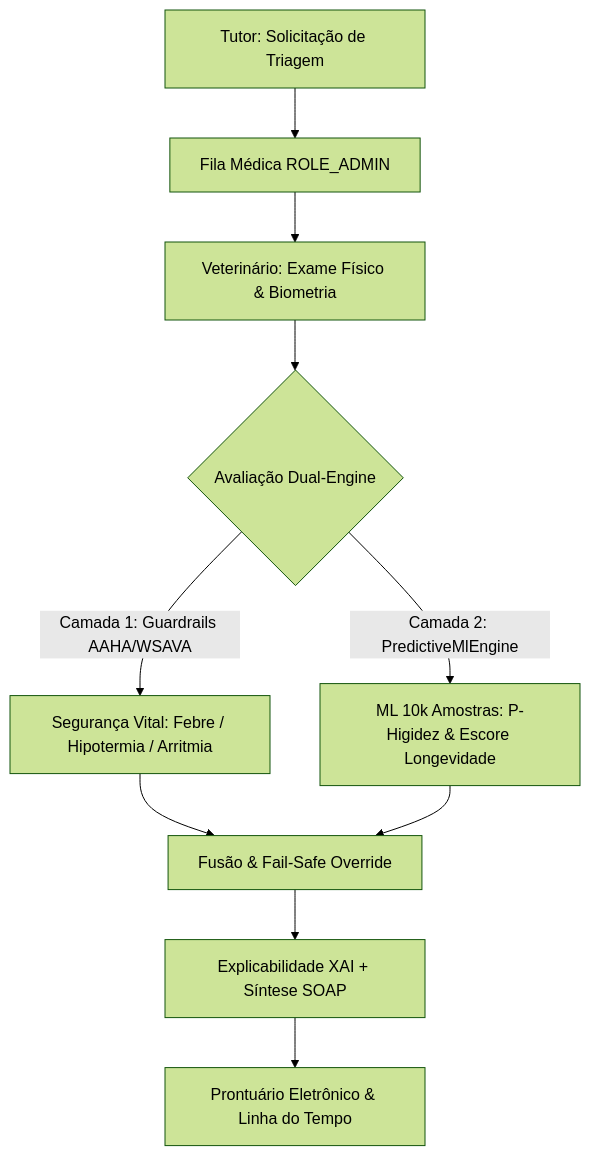
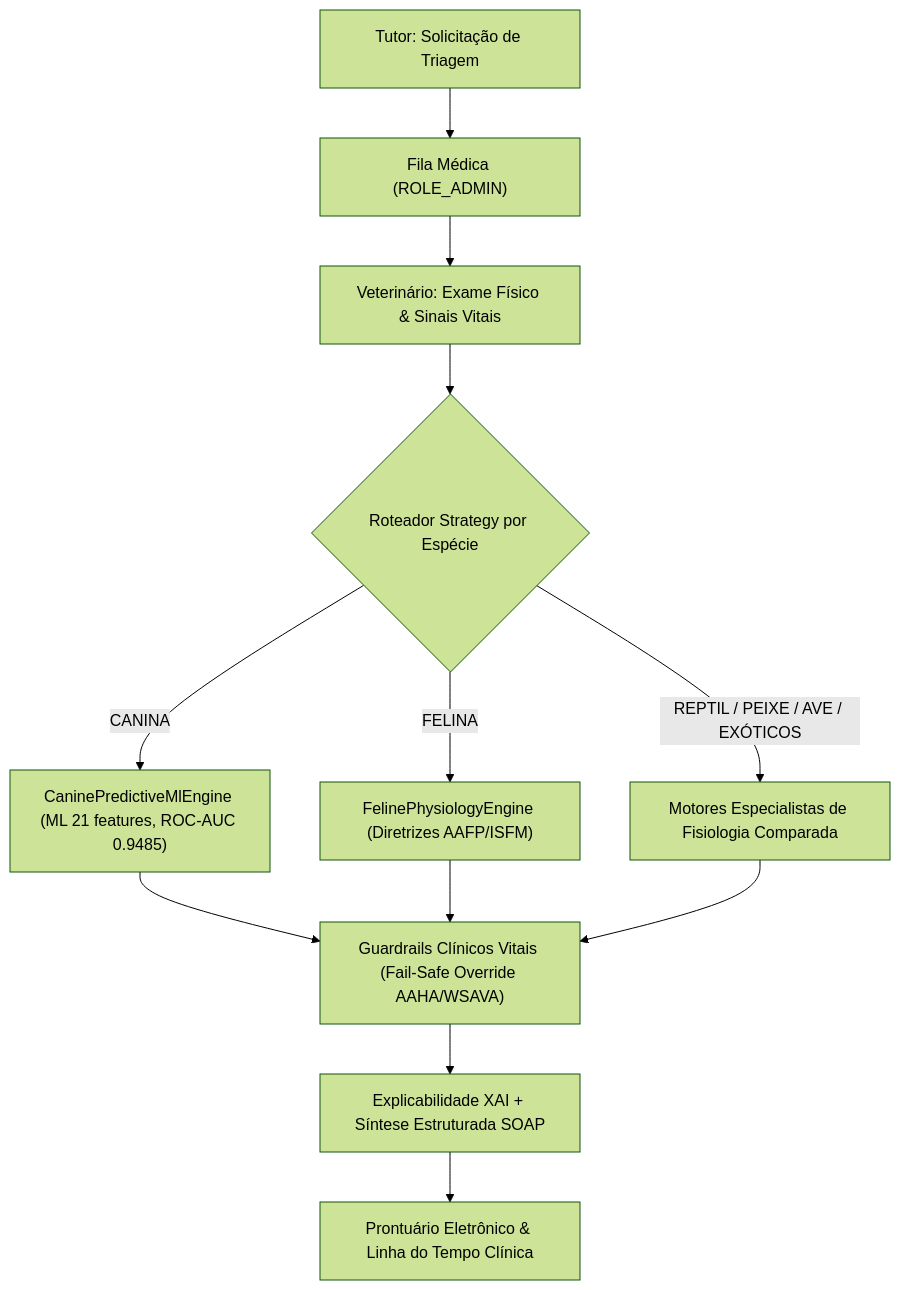
Before and after one commit to Gabriel-Maciel06/clyvo-vet-devops-sprint4: the first of 2 diagrams in README.md, drawn with Mermaid (forest theme). The commit also changed other lines of this file and 21 other files, not shown here.

````diff
--- a/README.md
+++ b/README.md
@@ -274,12 +134,14 @@
 ```mermaid
 graph TD
-    A[Tutor: Solicitação de Triagem] --> B[Fila Médica ROLE_ADMIN]
-    B --> C[Veterinário: Exame Físico & Biometria]
-    C --> D{Avaliação Dual-Engine}
-    D -->|Camada 1: Guardrails AAHA/WSAVA| E[Segurança Vital: Febre / Hipotermia / Arritmia]
-    D -->|Camada 2: PredictiveMlEngine| F[ML 10k Amostras: P-Higidez & Escore Longevidade]
-    E --> G[Fusão & Fail-Safe Override]
-    F --> G
-    G --> H[Explicabilidade XAI + Síntese SOAP]
-    H --> I[Prontuário Eletrônico & Linha do Tempo]
+    A["Tutor: Solicitação de Triagem"] --> B["Fila Médica (ROLE_ADMIN)"]
+    B --> C["Veterinário: Exame Físico & Sinais Vitais"]
+    C --> D{"Roteador Strategy por Espécie"}
+    D -->|"CANINA"| E["CaninePredictiveMlEngine (ML 21 features, ROC-AUC 0.9485)"]
+    D -->|"FELINA"| F["FelinePhysiologyEngine (Diretrizes AAFP/ISFM)"]
+    D -->|"REPTIL / PEIXE / AVE / EXÓTICOS"| G["Motores Especialistas de Fisiologia Comparada"]
+    E --> H["Guardrails Clínicos Vitais (Fail-Safe Override AAHA/WSAVA)"]
+    F --> H
+    G --> H
+    H --> I["Explicabilidade XAI + Síntese Estruturada SOAP"]
+    I --> J["Prontuário Eletrônico & Linha do Tempo Clínica"]
 ```
````
